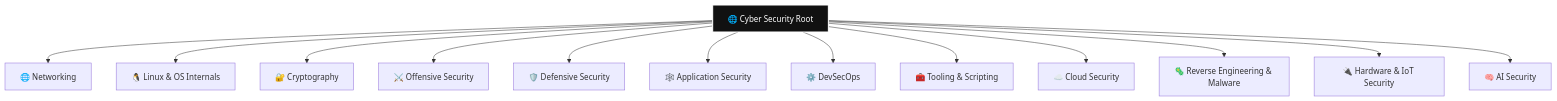
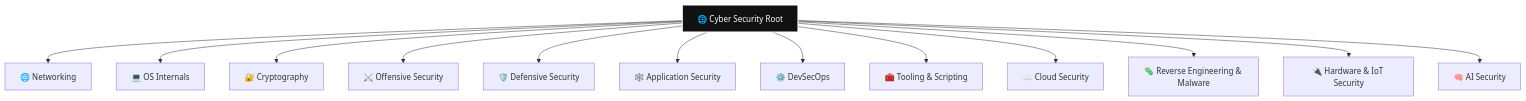
One commit to s4l1hs/cybersec-crook2root-notes changed the diagram in README.md. Above: the diagram before and after it, drawn with Mermaid. The commit also changed other lines of this file and 145 other files, not shown here.

````diff
--- a/README.md
+++ b/README.md
@@ -33,17 +33,17 @@
 ```mermaid
 flowchart TD
     R["🌐 Cyber Security Root"]
     R --> D1["🌐 Networking"]
-    R --> D2["🐧 Linux & OS Internals"]
+    R --> D2["💻 OS Internals"]
     R --> D3["🔐 Cryptography"]
     R --> D4["⚔️ Offensive Security"]
     R --> D5["🛡️ Defensive Security"]
     R --> D6["🕸️ Application Security"]
     R --> D7["⚙️ DevSecOps"]
     R --> D8["🧰 Tooling & Scripting"]
     R --> D9["☁️ Cloud Security"]
     R --> D10["🦠 Reverse Engineering & Malware"]
     R --> D11["🔌 Hardware & IoT Security"]
     R --> D12["🧠 AI Security"]
     style R fill:#111,stroke:#fff,stroke-width:2px,color:#fff
 ```
````
